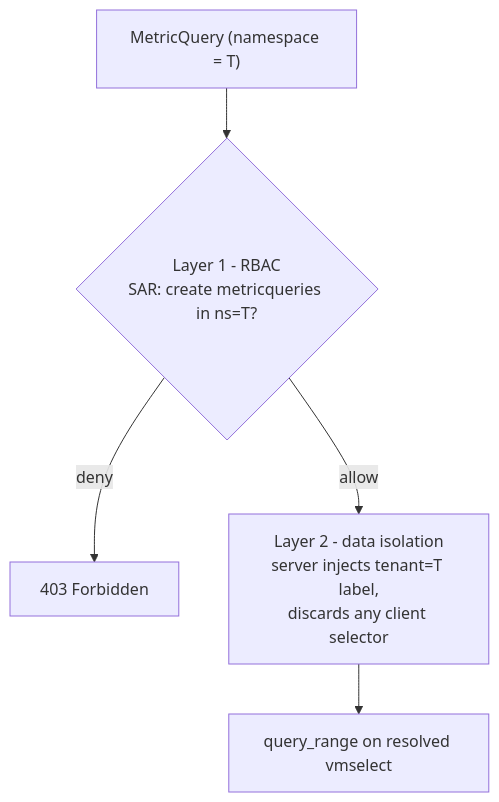
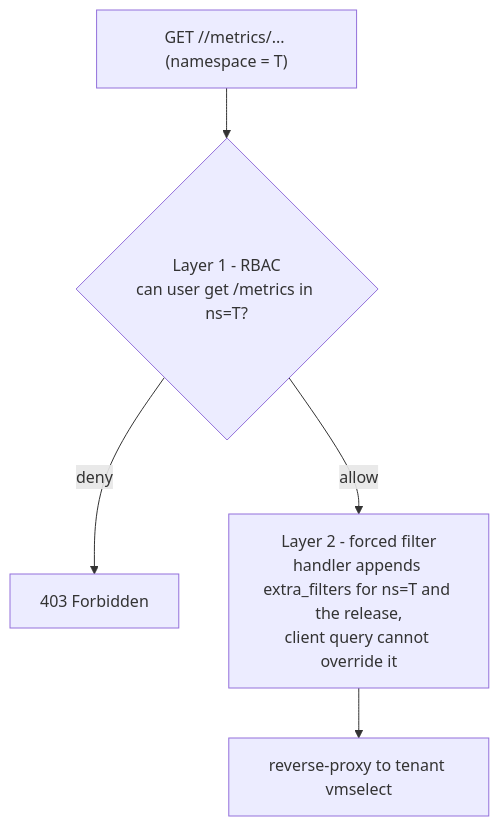
Before and after one commit to cozystack/community: the second of 2 diagrams in design-proposals/tenant-resource-metrics-api/README.md, drawn with Mermaid. The commit also changed other lines of this file, not shown here.

First line of the commit message:
docs(tenant-resource-metrics-api): rework as an application metrics subresource

````diff
--- a/design-proposals/tenant-resource-metrics-api/README.md
+++ b/design-proposals/tenant-resource-metrics-api/README.md
@@ -117,7 +103,7 @@
 ```mermaid
 flowchart TD
-  REQ["MetricQuery (namespace = T)"] --> L1{"Layer 1 - RBAC<br/>SAR: create metricqueries in ns=T?"}
+  REQ["GET <plural>/<name>/metrics/... (namespace = T)"] --> L1{"Layer 1 - RBAC<br/>can user get <plural>/metrics in ns=T?"}
   L1 -->|deny| D1["403 Forbidden"]
-  L1 -->|allow| L2["Layer 2 - data isolation<br/>server injects tenant=T label,<br/>discards any client selector"]
-  L2 --> RUN["query_range on resolved vmselect"]
+  L1 -->|allow| L2["Layer 2 - forced filter<br/>handler appends extra_filters for ns=T and the release,<br/>client query cannot override it"]
+  L2 --> VS["reverse-proxy to tenant vmselect"]
 ```
````
